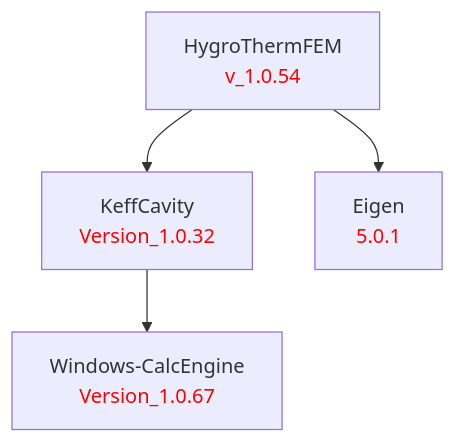
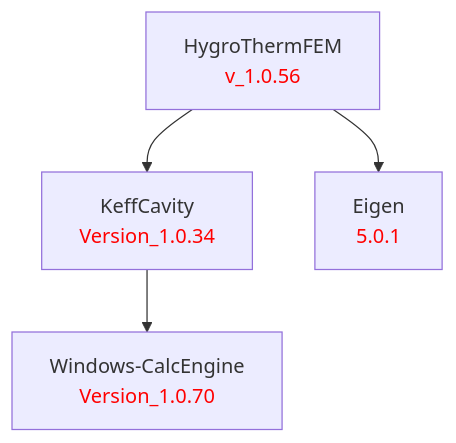
One commit to LBNL-ETA/HygroThermFEM changed the diagram in doc/HygroThermFEM.md. Above: the diagram before and after it, drawn with Mermaid. The commit also changed 2 other files, not shown here.

Commit message:
Bump to v1.0.56, update KeffCavity to Version_1.0.34, auto-read WCE version from target

````diff
--- a/doc/HygroThermFEM.md
+++ b/doc/HygroThermFEM.md
@@ -1,13 +1,13 @@
 ```mermaid
 graph TD
     %% Package definitions
-    WindowsCalcEngine[Windows-CalcEngine<br/><font color='red'>Version_1.0.67</font>]
-    KeffCavity[KeffCavity<br/><font color='red'>Version_1.0.32</font>]
+    HygroThermFEM[HygroThermFEM<br/><font color='red'>v_1.0.56</font>]
+    KeffCavity[KeffCavity<br/><font color='red'>Version_1.0.34</font>]
     Eigen[Eigen<br/><font color='red'>5.0.1</font>]
-    HygroThermFEM[HygroThermFEM<br/><font color='red'>v_1.0.54</font>]
+    WindowsCalcEngine[Windows-CalcEngine<br/><font color='red'>Version_1.0.70</font>]
 
     %% Package relations
     HygroThermFEM --> KeffCavity
     HygroThermFEM --> Eigen
     KeffCavity --> WindowsCalcEngine
 ```
````
